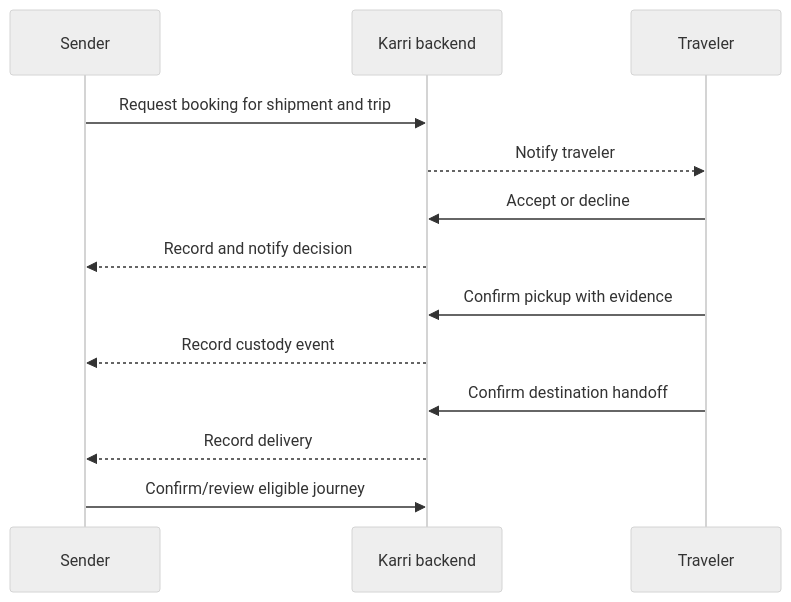
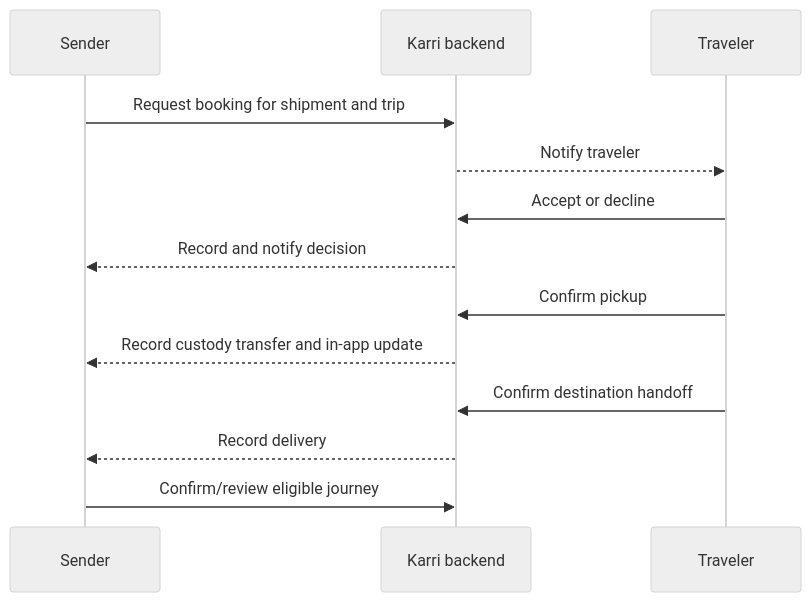
The diagram in docs/product/user-journeys.md (abda-dc/karri-mobile), drawn with Mermaid (neutral theme) before and after one commit. The commit also changed other lines of this file and 25 other files, not shown here.

````diff
--- a/docs/product/user-journeys.md
+++ b/docs/product/user-journeys.md
@@ -32,15 +32,15 @@
 ```mermaid
 sequenceDiagram
     participant S as Sender
     participant K as Karri backend
     participant T as Traveler
     S->>K: Request booking for shipment and trip
     K-->>T: Notify traveler
     T->>K: Accept or decline
     K-->>S: Record and notify decision
-    T->>K: Confirm pickup with evidence
-    K-->>S: Record custody event
+    T->>K: Confirm pickup
+    K-->>S: Record custody transfer and in-app update
     T->>K: Confirm destination handoff
     K-->>S: Record delivery
     S->>K: Confirm/review eligible journey
 ```
````
